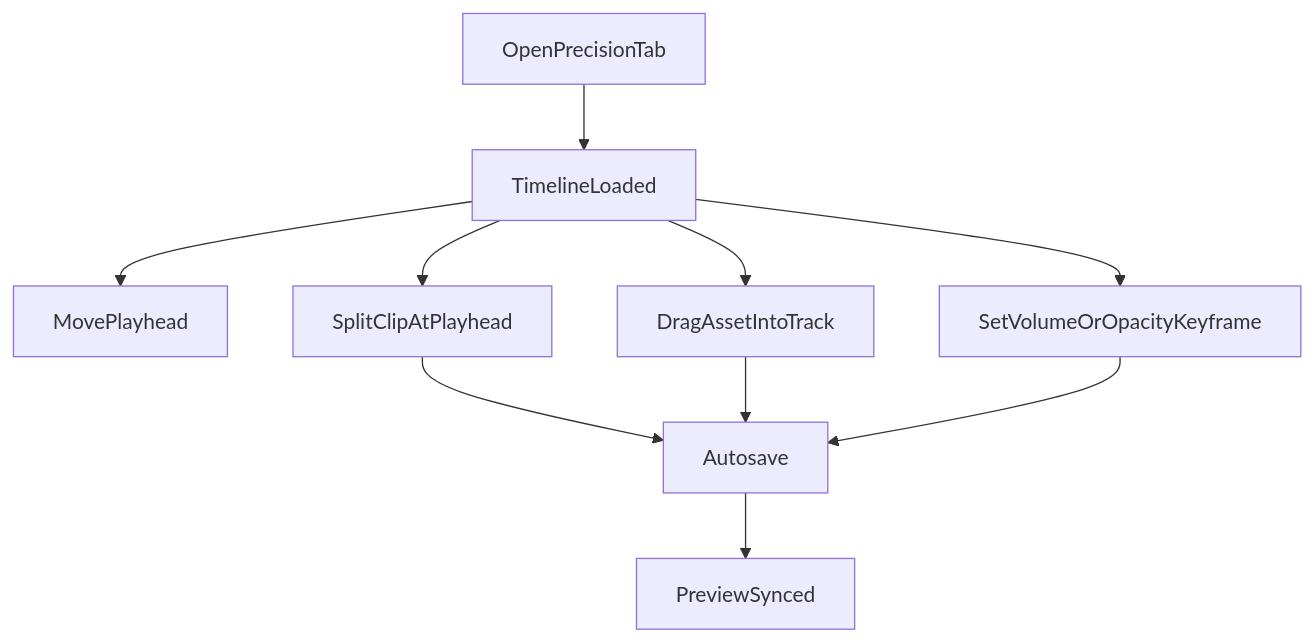
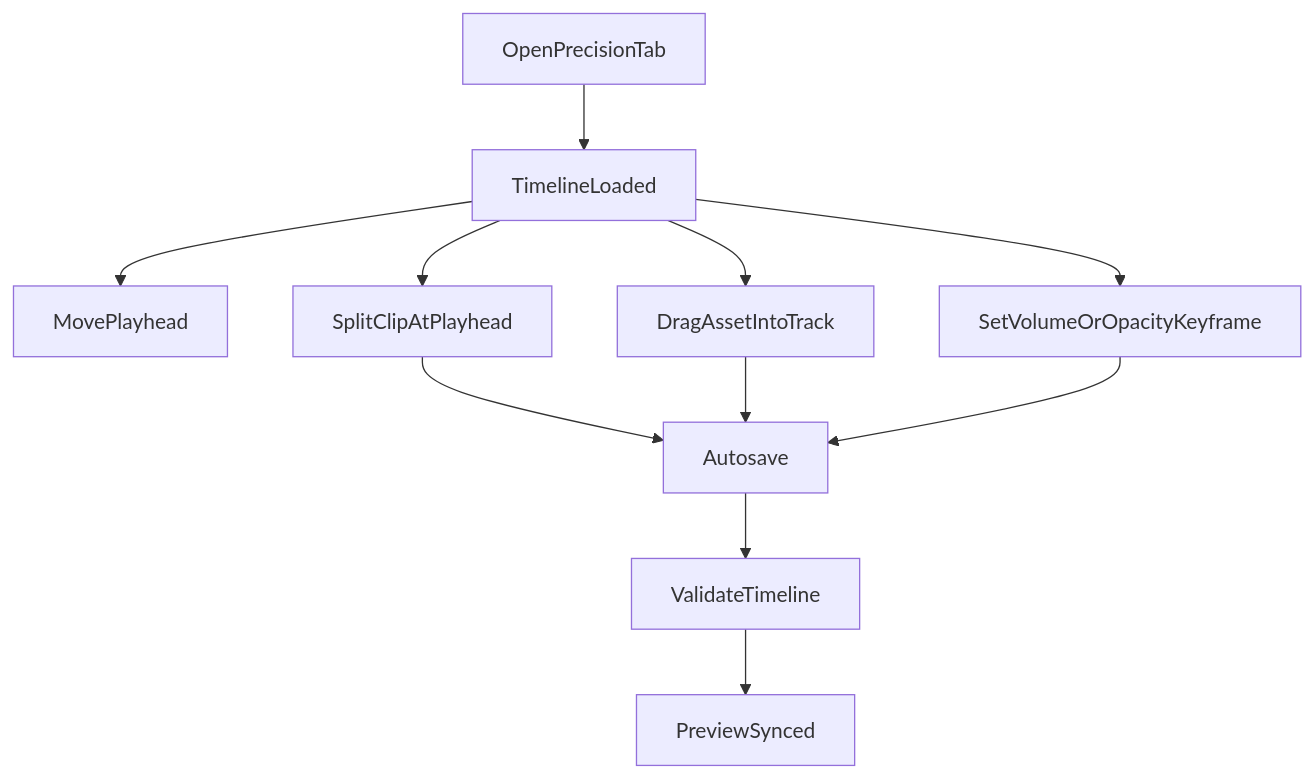
One commit to KennethAtchon/ContentAI changed the fourth of 5 diagrams in docs/specs/phase5/PHASE5_UI_STATES_AND_WIREFLOWS.md. Above: the diagram before and after it, drawn with Mermaid. The commit also changed other lines of this file and 37 other files, not shown here.

First line of the commit message:
feat: Introduce reel_composition table and related schemas for video composition management

````diff
--- a/docs/specs/phase5/PHASE5_UI_STATES_AND_WIREFLOWS.md
+++ b/docs/specs/phase5/PHASE5_UI_STATES_AND_WIREFLOWS.md
@@ -153,12 +214,13 @@
 ```mermaid
 flowchart TD
     precisionOpen[OpenPrecisionTab] --> timelineReady[TimelineLoaded]
     timelineReady --> movePlayhead[MovePlayhead]
     timelineReady --> splitClip[SplitClipAtPlayhead]
     timelineReady --> dragAsset[DragAssetIntoTrack]
     timelineReady --> setKeyframe[SetVolumeOrOpacityKeyframe]
     splitClip --> autosavePrecision[Autosave]
     dragAsset --> autosavePrecision
     setKeyframe --> autosavePrecision
-    autosavePrecision --> previewPrecision[PreviewSynced]
+    autosavePrecision --> validatePrecision[ValidateTimeline]
+    validatePrecision --> previewPrecision[PreviewSynced]
 ```
````
